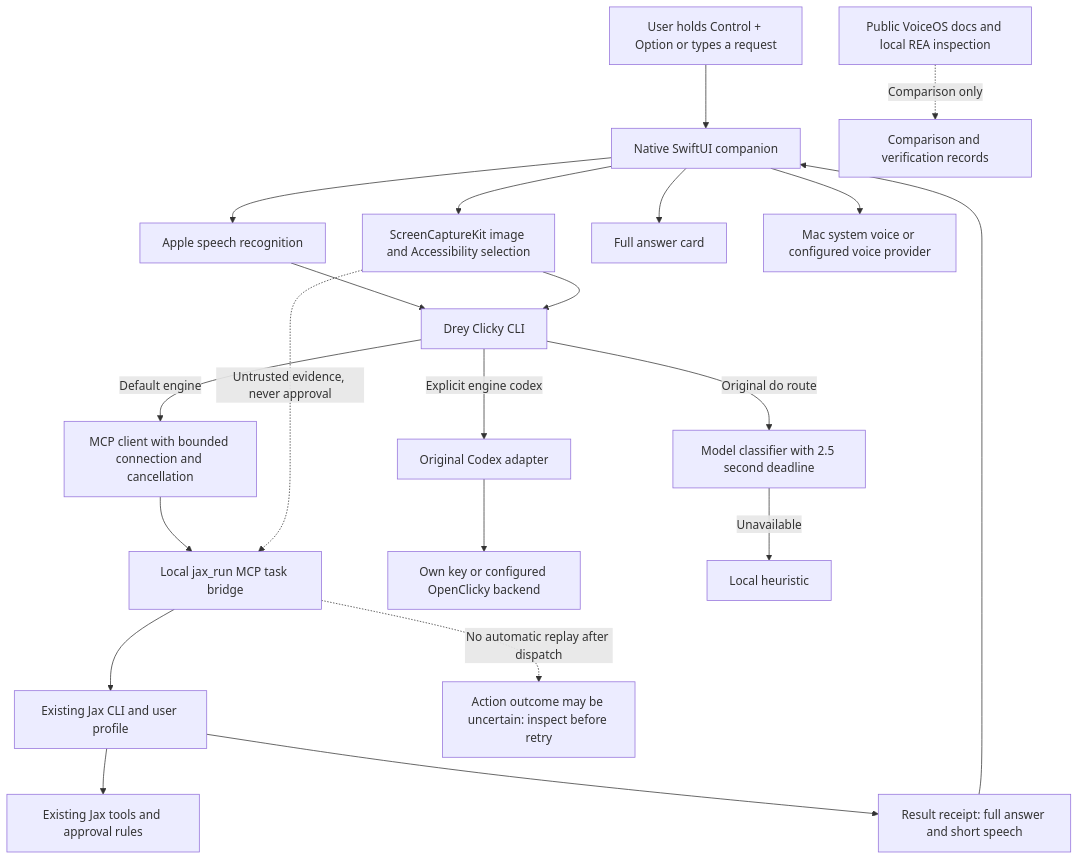
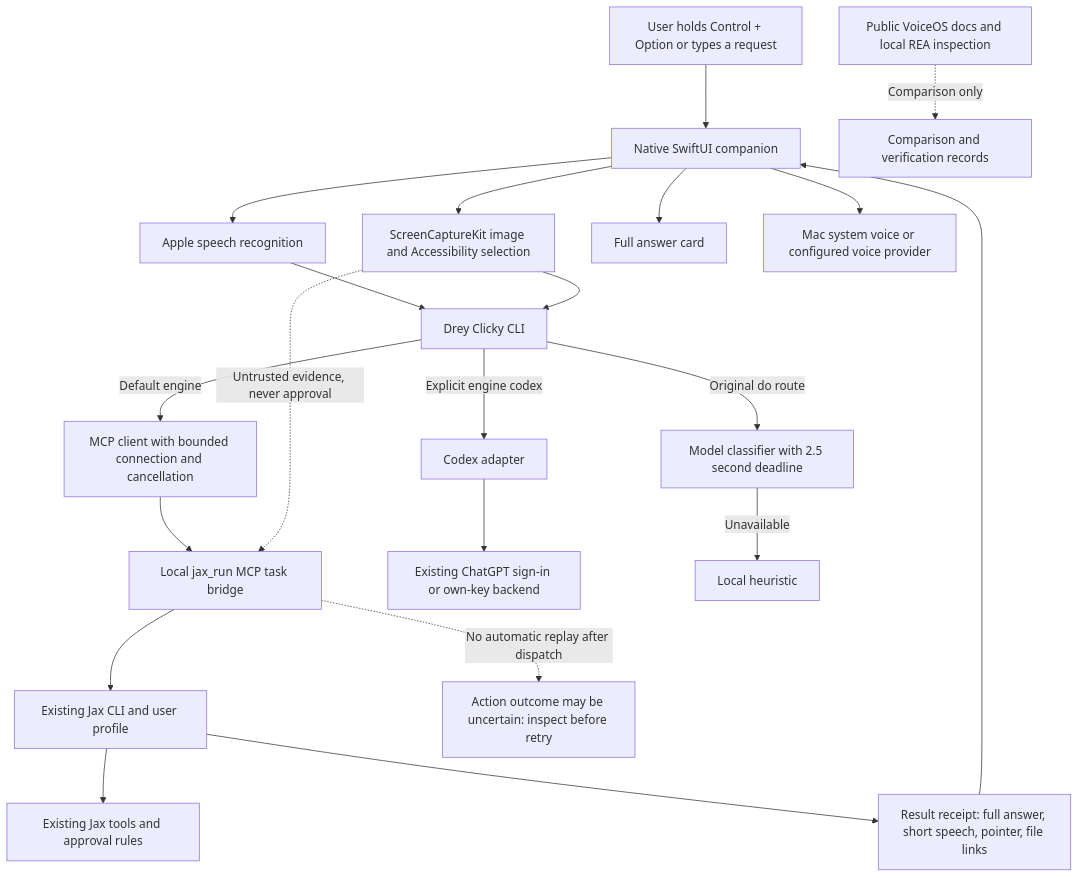
One commit to Dreydrey9000/drey-clicky changed the diagram in docs/diagrams/architecture.mmd. Above: the diagram before and after it, drawn with Mermaid. The commit also changed 40 other files, not shown here.

Commit message:
Verify contextual voice tasks and reuse Codex ChatGPT sign-in

```diff
--- a/docs/diagrams/architecture.mmd
+++ b/docs/diagrams/architecture.mmd
@@ -1,21 +1,21 @@
 flowchart TD
     User[User holds Control + Option or types a request] --> App[Native SwiftUI companion]
     App --> Voice[Apple speech recognition]
     App --> Context[ScreenCaptureKit image and Accessibility selection]
     Voice --> CLI[Drey Clicky CLI]
     Context --> CLI
     CLI -->|Default engine| Client[MCP client with bounded connection and cancellation]
     Client --> Bridge[Local jax_run MCP task bridge]
     Bridge --> Jax[Existing Jax CLI and user profile]
     Jax --> Tools[Existing Jax tools and approval rules]
-    Jax --> Reply[Result receipt: full answer and short speech]
+    Jax --> Reply[Result receipt: full answer, short speech, pointer, file links]
     Reply --> App
     App --> Card[Full answer card]
     App --> TTS[Mac system voice or configured voice provider]
-    CLI -->|Explicit engine codex| Codex[Original Codex adapter]
-    Codex --> Provider[Own key or configured OpenClicky backend]
+    CLI -->|Explicit engine codex| Codex[Codex adapter]
+    Codex --> Provider[Existing ChatGPT sign-in or own-key backend]
     CLI -->|Original do route| Gate[Model classifier with 2.5 second deadline]
     Gate -->|Unavailable| Heuristic[Local heuristic]
     Bridge -. No automatic replay after dispatch .-> Error[Action outcome may be uncertain: inspect before retry]
     Context -. Untrusted evidence, never approval .-> Bridge
     Research[Public VoiceOS docs and local REA inspection] -. Comparison only .-> Notes[Comparison and verification records]
```
